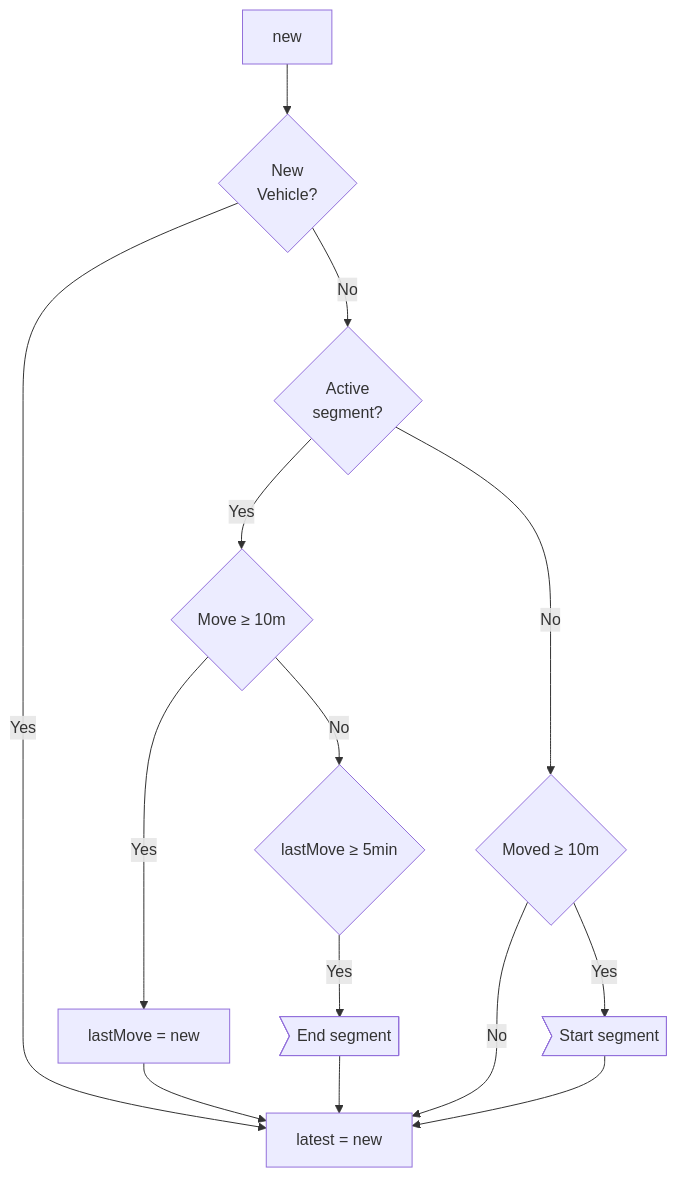
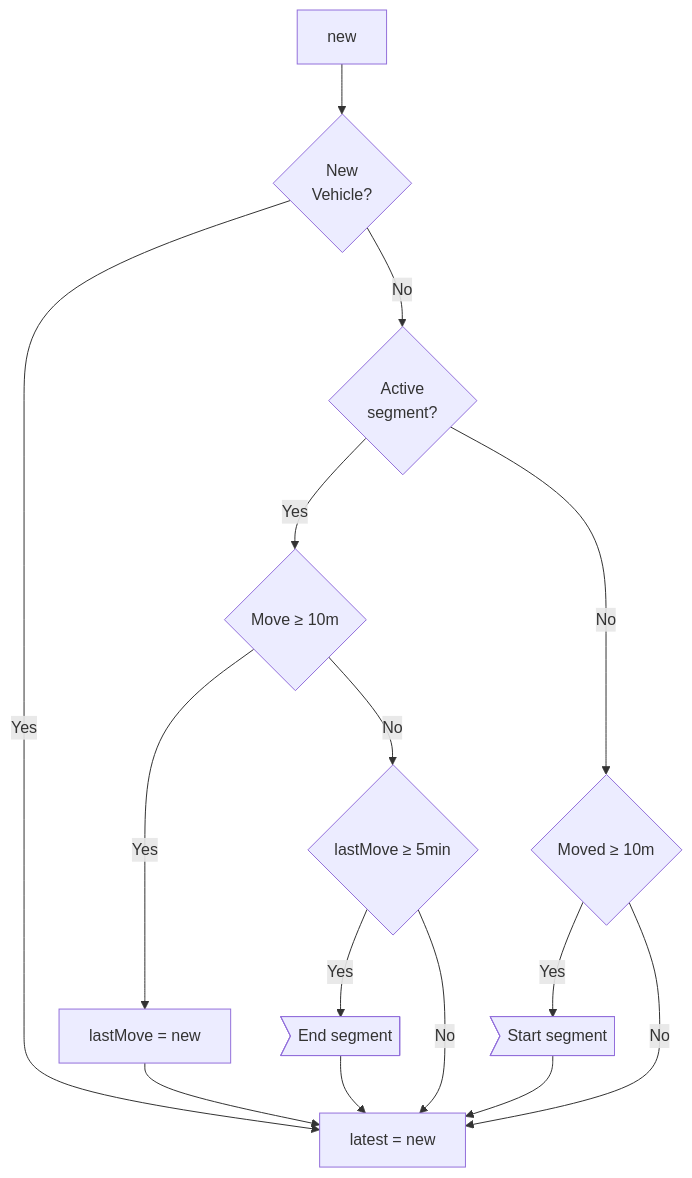
One commit to DIMO-Network/trip-processor changed the diagram in README.md. Above: the diagram before and after it, drawn with Mermaid.

````diff
--- a/README.md
+++ b/README.md
@@ -9,22 +9,22 @@
 ```mermaid
 flowchart TD
   new --> C1{New\nVehicle?}
   C1 -->|Yes| FU[latest = new]
   C1 -->|No| S2{Active\nsegment?}
 
   S2 -->|Yes| S3{"Move ≥ 10m"}
   S2 -->|No| S7{"Moved ≥ 10m"}
 
 
   S4 -->|Yes| S5>"End segment"]
   S3 -->|Yes| S6["lastMove = new"]
   S3 -->|No| S4{"lastMove ≥ 5min"}
-
+  S4 -->|No| FU
 
 
   S6 --> FU
   S5 --> FU
   S7 -->|Yes| S8>"Start segment"]
   S7 -->|No| FU
   S8 --> FU
 ```
````
